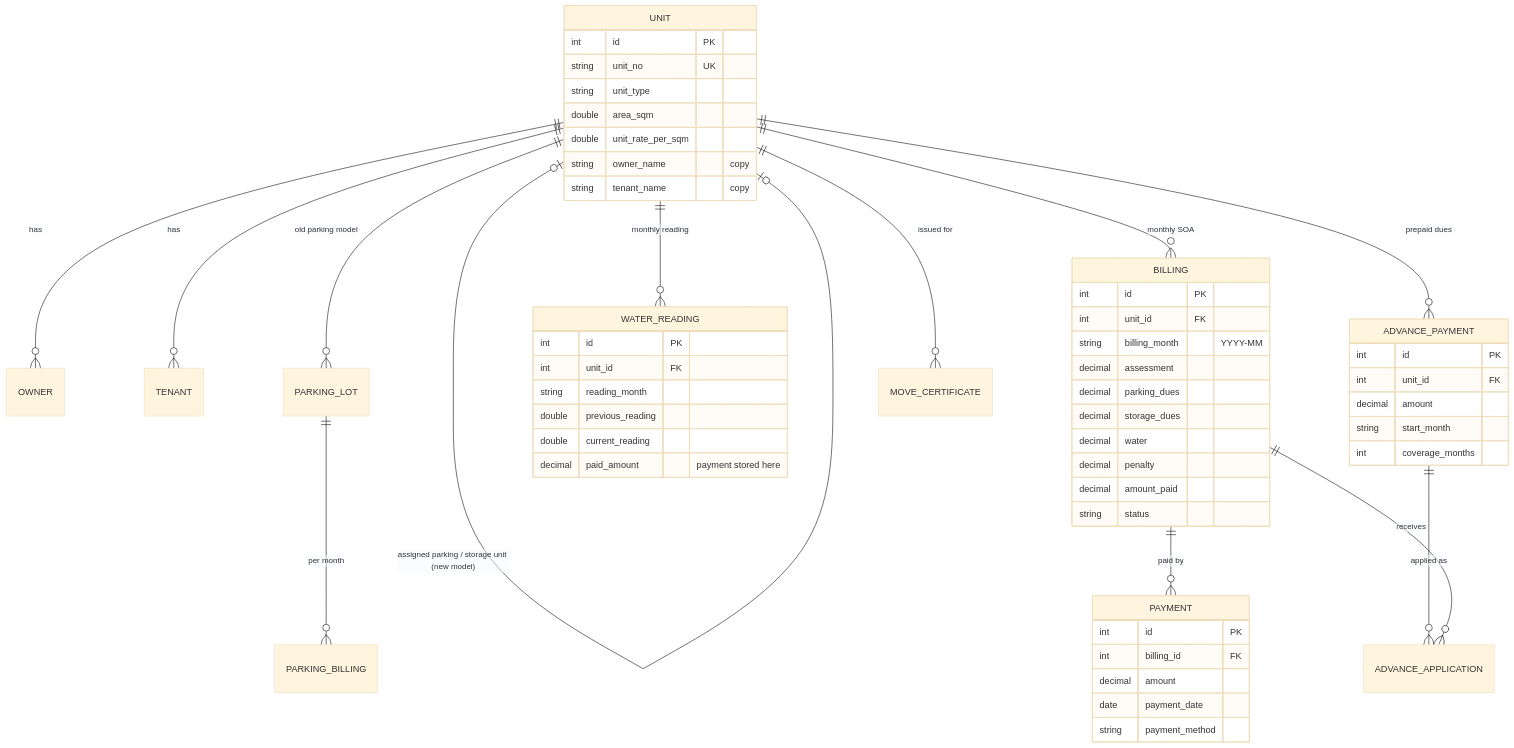
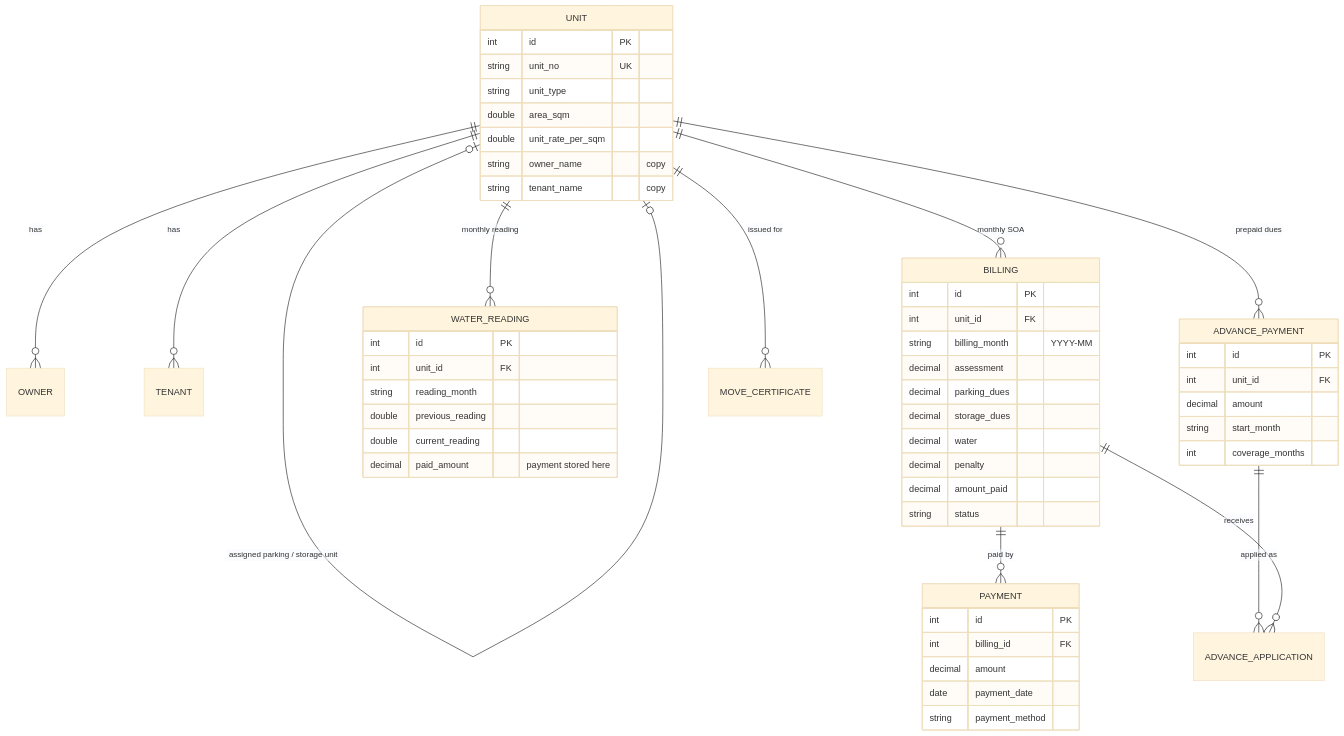
One commit to bryyydev/CITYLAND9_CONDO_SYSTEM changed the first of 3 diagrams in docs/schema-design.md. Above: the diagram before and after it, drawn with Mermaid (base theme). The commit also changed other lines of this file and 12 other files, not shown here.

First line of the commit message:
Phase B3: one parking model - assigned PARKING units (client decision)

````diff
--- a/docs/schema-design.md
+++ b/docs/schema-design.md
@@ -11,59 +11,57 @@
 ```mermaid
 erDiagram
     UNIT ||--o{ OWNER : "has"
     UNIT ||--o{ TENANT : "has"
-    UNIT ||--o{ PARKING_LOT : "old parking model"
-    UNIT |o--o| UNIT : "assigned parking / storage unit (new model)"
+    UNIT |o--o| UNIT : "assigned parking / storage unit"
     UNIT ||--o{ BILLING : "monthly SOA"
     UNIT ||--o{ WATER_READING : "monthly reading"
     UNIT ||--o{ ADVANCE_PAYMENT : "prepaid dues"
-    PARKING_LOT ||--o{ PARKING_BILLING : "per month"
     BILLING ||--o{ PAYMENT : "paid by"
     ADVANCE_PAYMENT ||--o{ ADVANCE_APPLICATION : "applied as"
     BILLING ||--o{ ADVANCE_APPLICATION : "receives"
     UNIT ||--o{ MOVE_CERTIFICATE : "issued for"
 
     UNIT {
         int id PK
         string unit_no UK
         string unit_type
         double area_sqm
         double unit_rate_per_sqm
         string owner_name "copy"
         string tenant_name "copy"
     }
     BILLING {
         int id PK
         int unit_id FK
         string billing_month "YYYY-MM"
         decimal assessment
         decimal parking_dues
         decimal storage_dues
         decimal water
         decimal penalty
         decimal amount_paid
         string status
     }
     PAYMENT {
         int id PK
         int billing_id FK
         decimal amount
         date payment_date
         string payment_method
     }
     WATER_READING {
         int id PK
         int unit_id FK
         string reading_month
         double previous_reading
         double current_reading
         decimal paid_amount "payment stored here"
     }
     ADVANCE_PAYMENT {
         int id PK
         int unit_id FK
         decimal amount
         string start_month
         int coverage_months
     }
 ```
````
